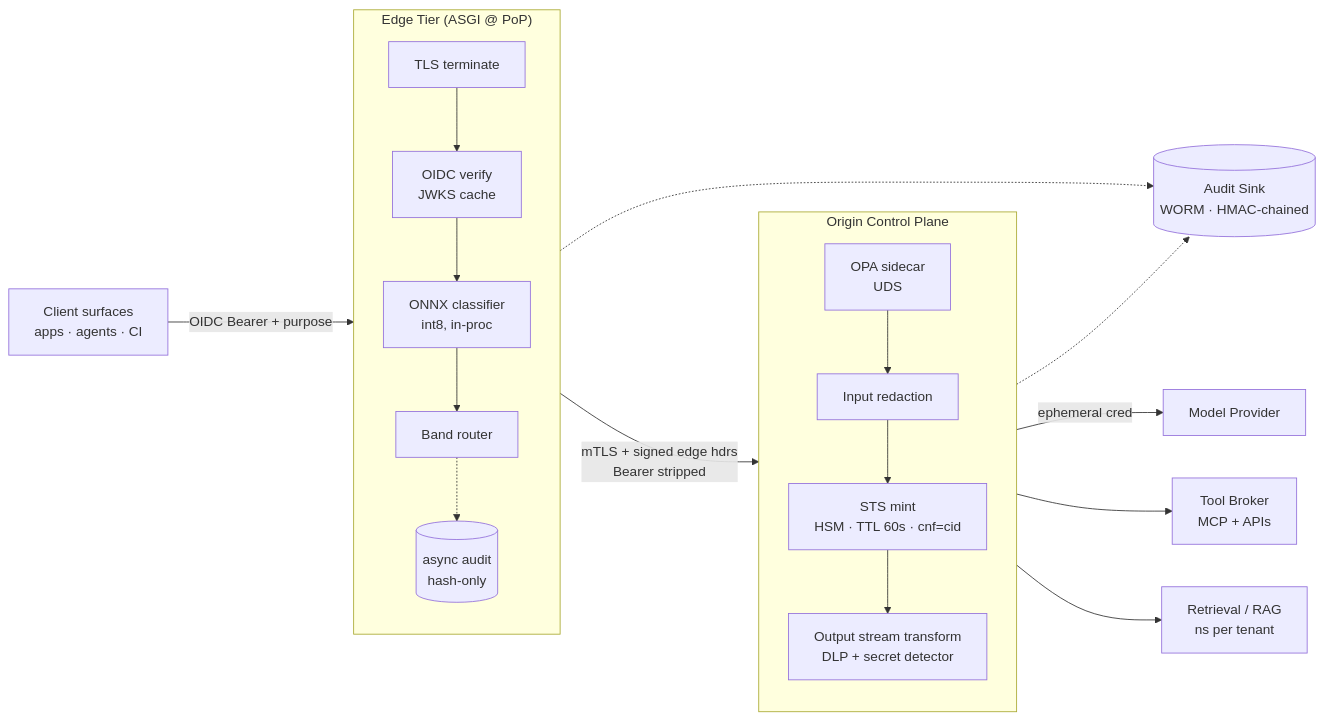
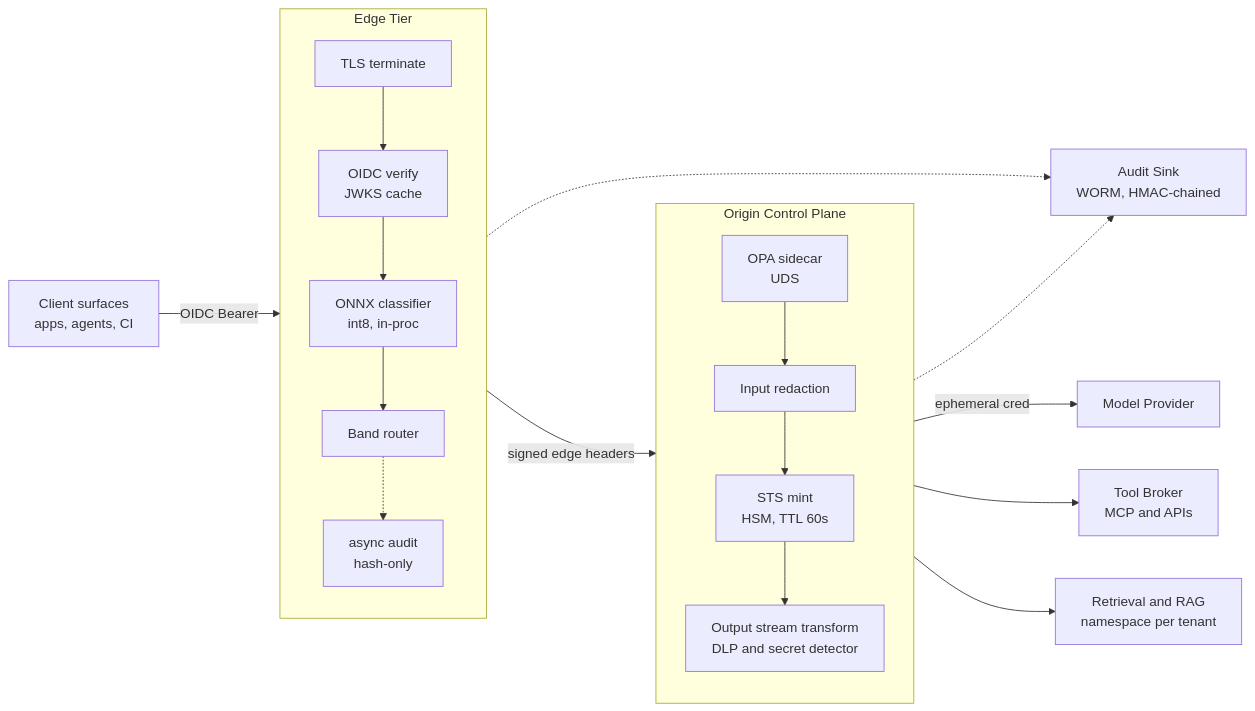
One commit to abhisheksinghcs/portfolio changed the first of 2 diagrams in content/control-plane.md. Above: the diagram before and after it, drawn with Mermaid. The commit also changed other lines of this file and 8 other files, not shown here.

First line of the commit message:
Switch mermaid rendering to hosted mermaid.ink

````diff
--- a/content/control-plane.md
+++ b/content/control-plane.md
@@ -107,32 +107,37 @@
 ```mermaid
 flowchart LR
-    C[Client surfaces<br/>apps · agents · CI]
-    subgraph EDGE["Edge Tier (ASGI @ PoP)"]
-        E1[TLS terminate]
-        E2[OIDC verify<br/>JWKS cache]
-        E3[ONNX classifier<br/>int8, in-proc]
-        E4[Band router]
-        E5[(async audit<br/>hash-only)]
+    C["Client surfaces<br/>apps, agents, CI"]
+
+    subgraph EDGE["Edge Tier"]
+        direction TB
+        E1["TLS terminate"]
+        E2["OIDC verify<br/>JWKS cache"]
+        E3["ONNX classifier<br/>int8, in-proc"]
+        E4["Band router"]
+        E5["async audit<br/>hash-only"]
         E1 --> E2 --> E3 --> E4
         E4 -.-> E5
     end
+
     subgraph ORIG["Origin Control Plane"]
-        O1[OPA sidecar<br/>UDS]
-        O2[Input redaction]
-        O3[STS mint<br/>HSM · TTL 60s · cnf=cid]
-        O4[Output stream transform<br/>DLP + secret detector]
+        direction TB
+        O1["OPA sidecar<br/>UDS"]
+        O2["Input redaction"]
+        O3["STS mint<br/>HSM, TTL 60s"]
+        O4["Output stream transform<br/>DLP and secret detector"]
         O1 --> O2 --> O3 --> O4
     end
-    A[(Audit Sink<br/>WORM · HMAC-chained)]
-    M[Model Provider]
-    T[Tool Broker<br/>MCP + APIs]
-    R[Retrieval / RAG<br/>ns per tenant]
 
-    C -- OIDC Bearer + purpose --> EDGE
-    EDGE -- mTLS + signed edge hdrs<br/>Bearer stripped --> ORIG
-    EDGE -.-> A
-    ORIG -.-> A
-    ORIG -- ephemeral cred --> M
-    ORIG --> T
-    ORIG --> R
+    A["Audit Sink<br/>WORM, HMAC-chained"]
+    M["Model Provider"]
+    T["Tool Broker<br/>MCP and APIs"]
+    R["Retrieval and RAG<br/>namespace per tenant"]
+
+    C -->|"OIDC Bearer"| E1
+    E4 -->|"signed edge headers"| O1
+    E5 -.-> A
+    O4 -.-> A
+    O3 -->|"ephemeral cred"| M
+    O4 --> T
+    O4 --> R
 ```
````
